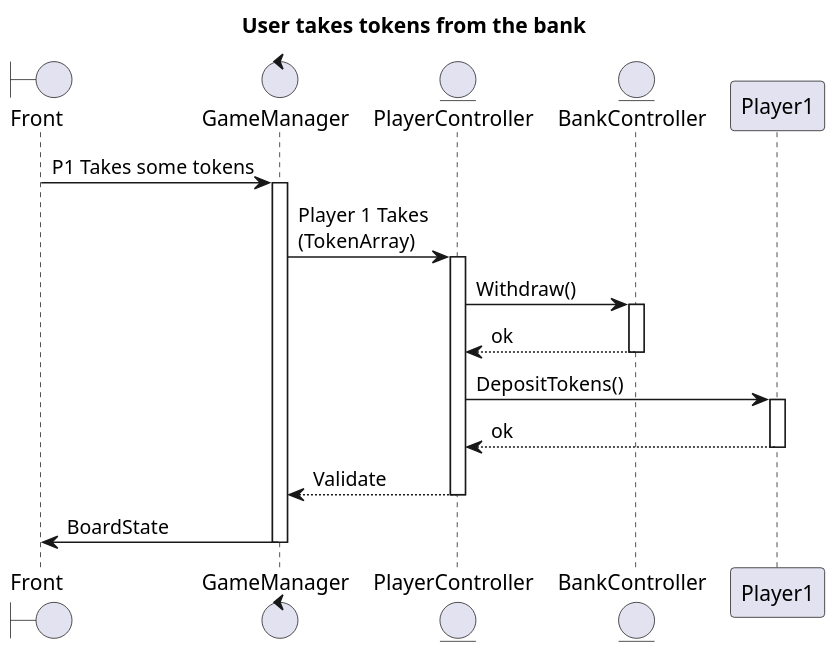
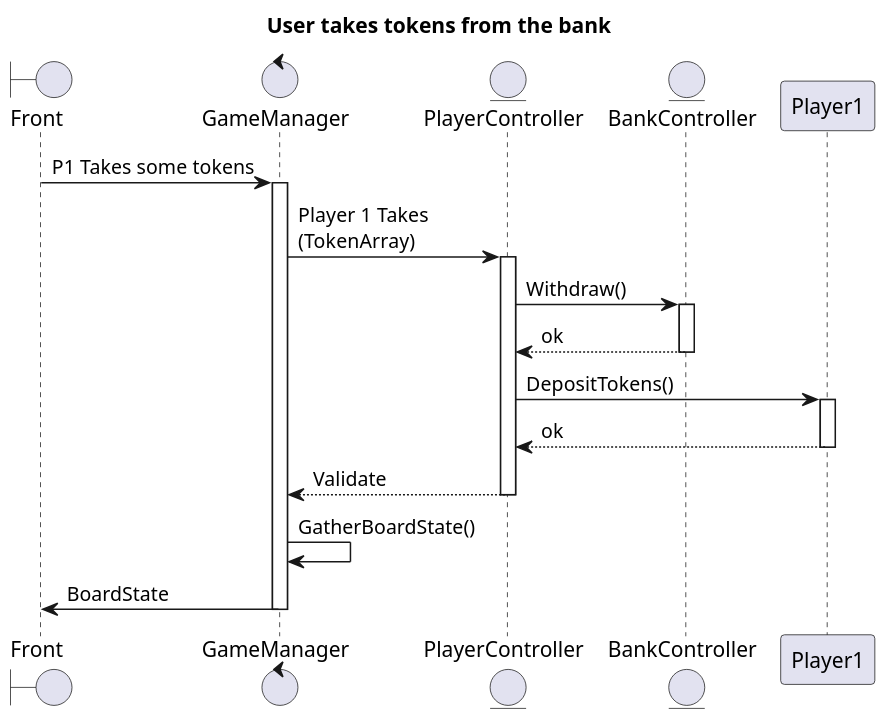
The diagram in Technical Specifications/Sequence Diagrams/TakeTokens.puml (kalharko/splendia), drawn with PlantUML before and after one commit. The commit also changed 1 other file, not shown here.

```diff
--- a/Technical Specifications/Sequence Diagrams/TakeTokens.puml
+++ b/Technical Specifications/Sequence Diagrams/TakeTokens.puml
@@ -1,32 +1,33 @@
 @startuml Initialisation
 title User takes tokens from the bank
 scale 1.5
 
 boundary Front
 control GameManager
 entity PlayerController
 entity BankController
 
 
 Front -> GameManager : P1 Takes some tokens
 activate GameManager
 
 GameManager -> PlayerController : Player 1 Takes\n(TokenArray)
 activate PlayerController
 
 PlayerController -> BankController : Withdraw()
 activate BankController
 BankController --> PlayerController : ok
 deactivate BankController
 
 PlayerController -> Player1 : DepositTokens()
 activate Player1
 PlayerController <-- Player1 : ok
 deactivate Player1
 
 PlayerController --> GameManager : Validate
 deactivate PlayerController
+GameManager -> GameManager : GatherBoardState()
 GameManager -> Front : BoardState
 deactivate GameManager
 
 @enduml
```
